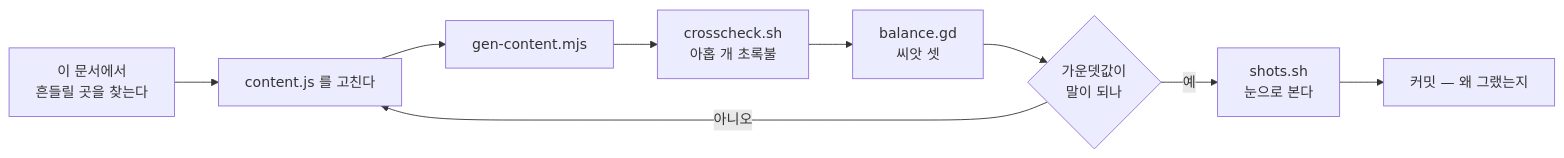
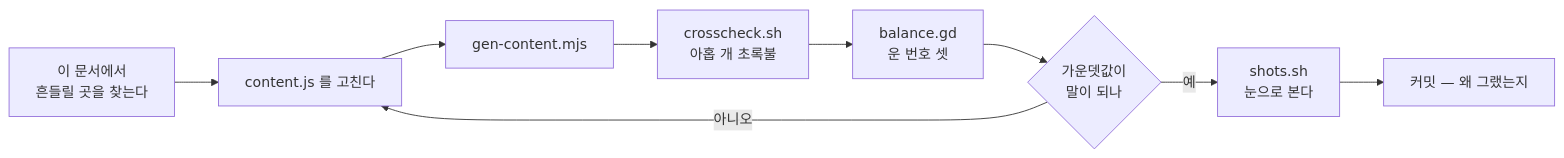
The second of 2 diagrams in SYSTEMS.md (nonexpertchassi-creator/raccoon-hollow), drawn with Mermaid before and after one commit. The commit also changed other lines of this file and 21 other files, not shown here.

````diff
--- a/SYSTEMS.md
+++ b/SYSTEMS.md
@@ -162,11 +162,11 @@
 ```mermaid
 flowchart LR
     A["이 문서에서<br/>흔들릴 곳을 찾는다"] --> B["content.js 를 고친다"]
     B --> C["gen-content.mjs"]
     C --> D["crosscheck.sh<br/>아홉 개 초록불"]
-    D --> E["balance.gd<br/>씨앗 셋"]
+    D --> E["balance.gd<br/>운 번호 셋"]
     E --> F{"가운뎃값이<br/>말이 되나"}
     F -->|아니오| B
     F -->|예| G["shots.sh<br/>눈으로 본다"]
     G --> H["커밋 — 왜 그랬는지"]
 ```
````
